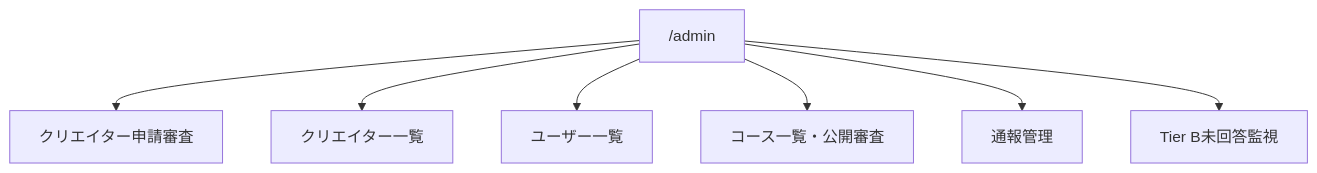
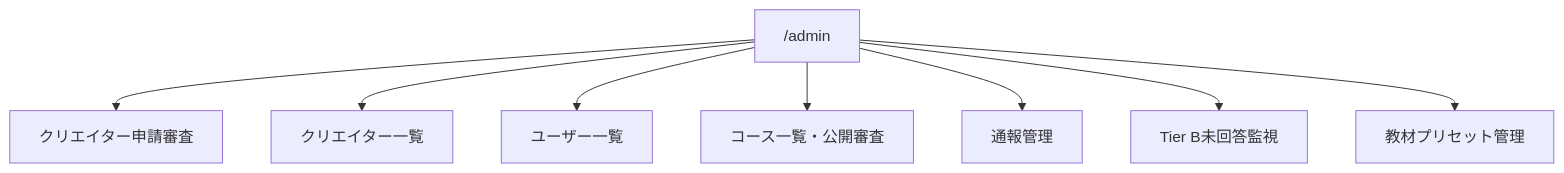
The tenth of 18 diagrams in docs/設計書/ManaVillage_サービスフロー整理.md (Kazy1230/OshiEnglish), drawn with Mermaid before and after one commit. The commit also changed other lines of this file and 22 other files, not shown here.

````diff
--- a/docs/設計書/ManaVillage_サービスフロー整理.md
+++ b/docs/設計書/ManaVillage_サービスフロー整理.md
@@ -263,9 +264,10 @@
 ```mermaid
 flowchart TD
   A["/admin"] --> B["クリエイター申請審査"]
   A --> C["クリエイター一覧"]
   A --> D["ユーザー一覧"]
   A --> E["コース一覧・公開審査"]
   A --> F["通報管理"]
   A --> G["Tier B未回答監視"]
+  A --> H["教材プリセット管理"]
 ```
````
